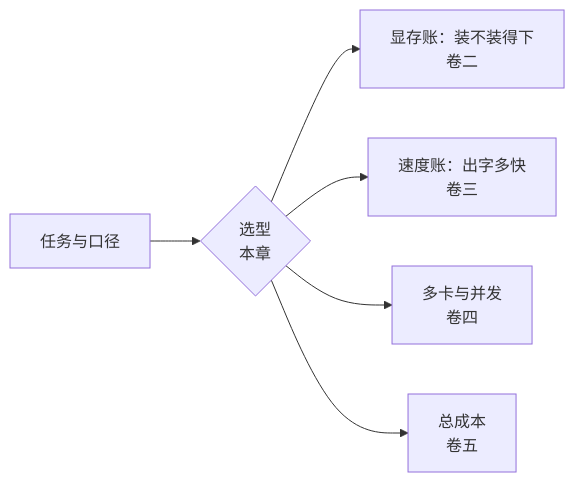
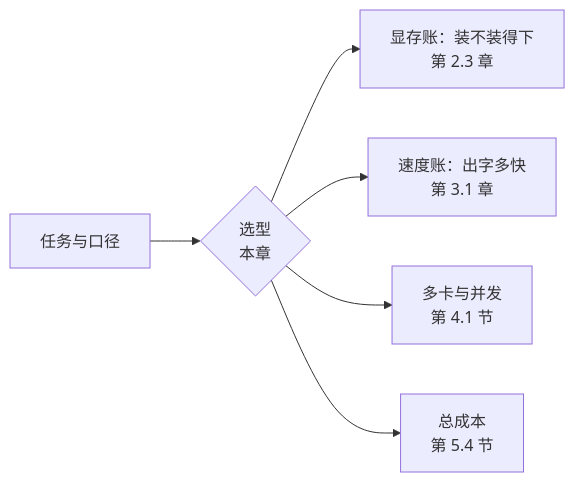
Before and after one commit to Bahtya/llm-learning: the diagram in content-v2/part1/1-5.md, drawn with Mermaid. The commit also changed other lines of this file and 30 other files, not shown here.

````diff
--- a/content-v2/part1/1-5.md
+++ b/content-v2/part1/1-5.md
@@ -15,8 +15,8 @@
 ```mermaid
 graph LR
     A[任务与口径] --> B{选型<br/>本章}
-    B --> C[显存账：装不装得下<br/>卷二]
-    B --> D[速度账：出字多快<br/>卷三]
-    B --> E[多卡与并发<br/>卷四]
-    B --> F[总成本<br/>卷五]
+    B --> C[显存账：装不装得下<br/>第 2.3 章]
+    B --> D[速度账：出字多快<br/>第 3.1 章]
+    B --> E[多卡与并发<br/>第 4.1 节]
+    B --> F[总成本<br/>第 5.4 节]
 ```
````
